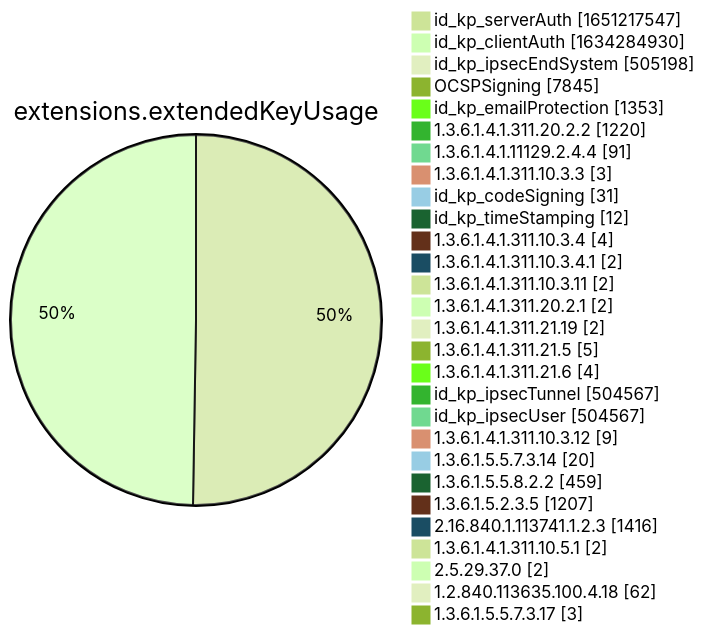
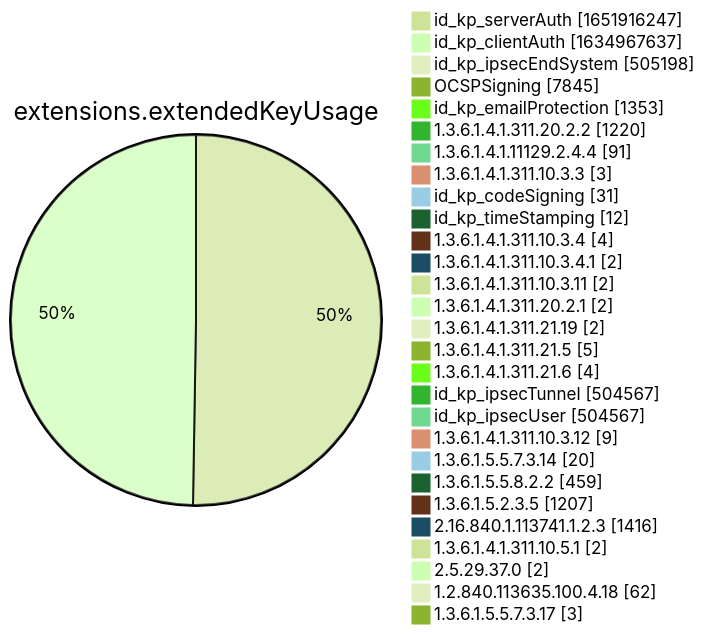
One commit to christiankrug/ctmonitor_visualization changed diagram 12 of 15 in xenon2022/README.md. Above: the diagram before and after it, drawn with Mermaid (forest theme). The commit also changed other lines of this file, not shown here.

````diff
--- a/xenon2022/README.md
+++ b/xenon2022/README.md
@@ -3886,32 +3886,32 @@
 ```mermaid
 pie showData
 title extensions.extendedKeyUsage
-"id_kp_serverAuth" :1651217547
-"id_kp_clientAuth" :1634284930
+"id_kp_serverAuth" :1651916247
+"id_kp_clientAuth" :1634967637
 "id_kp_ipsecEndSystem" :505198
 "OCSPSigning" :7845
 "id_kp_emailProtection" :1353
 "1.3.6.1.4.1.311.20.2.2" :1220
 "1.3.6.1.4.1.11129.2.4.4" :91
 "1.3.6.1.4.1.311.10.3.3" :3
 "id_kp_codeSigning" :31
 "id_kp_timeStamping" :12
 "1.3.6.1.4.1.311.10.3.4" :4
 "1.3.6.1.4.1.311.10.3.4.1" :2
 "1.3.6.1.4.1.311.10.3.11" :2
 "1.3.6.1.4.1.311.20.2.1" :2
 "1.3.6.1.4.1.311.21.19" :2
 "1.3.6.1.4.1.311.21.5" :5
 "1.3.6.1.4.1.311.21.6" :4
 "id_kp_ipsecTunnel" :504567
 "id_kp_ipsecUser" :504567
 "1.3.6.1.4.1.311.10.3.12" :9
 "1.3.6.1.5.5.7.3.14" :20
 "1.3.6.1.5.5.8.2.2" :459
 "1.3.6.1.5.2.3.5" :1207
 "2.16.840.1.113741.1.2.3" :1416
 "1.3.6.1.4.1.311.10.5.1" :2
 "2.5.29.37.0" :2
 "1.2.840.113635.100.4.18" :62
 "1.3.6.1.5.5.7.3.17" :3
 ```
````
